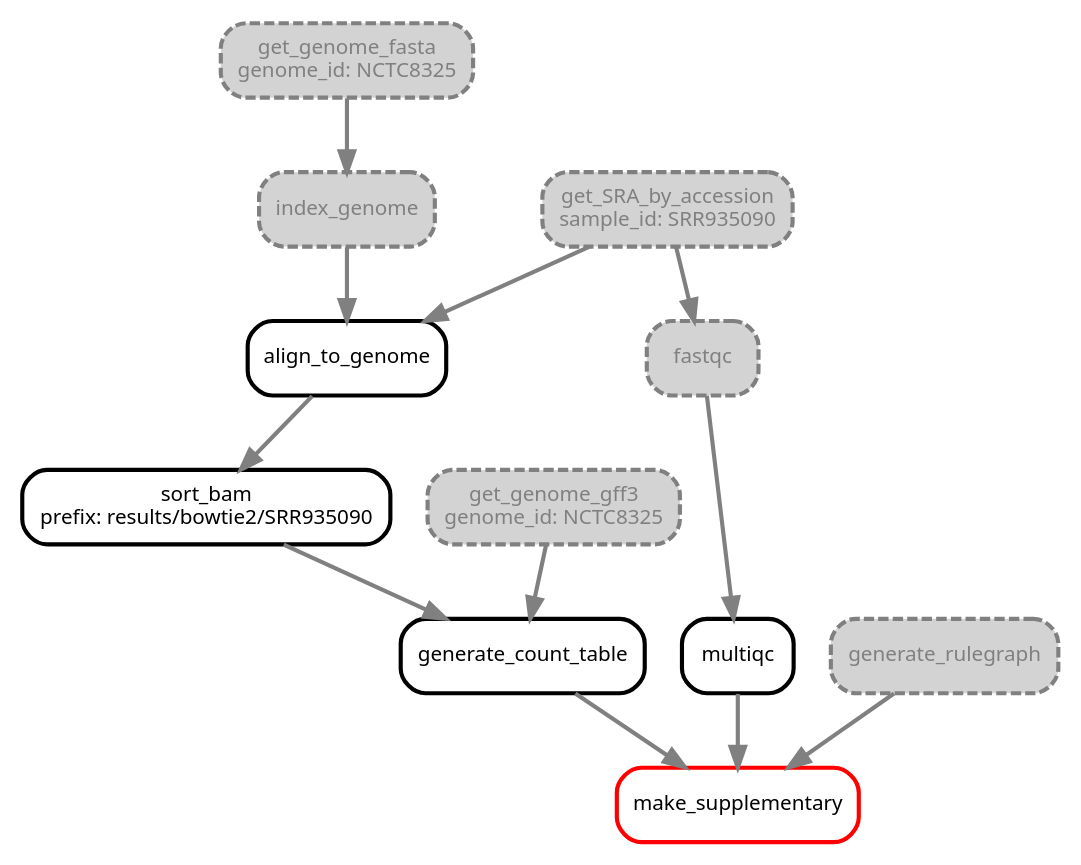
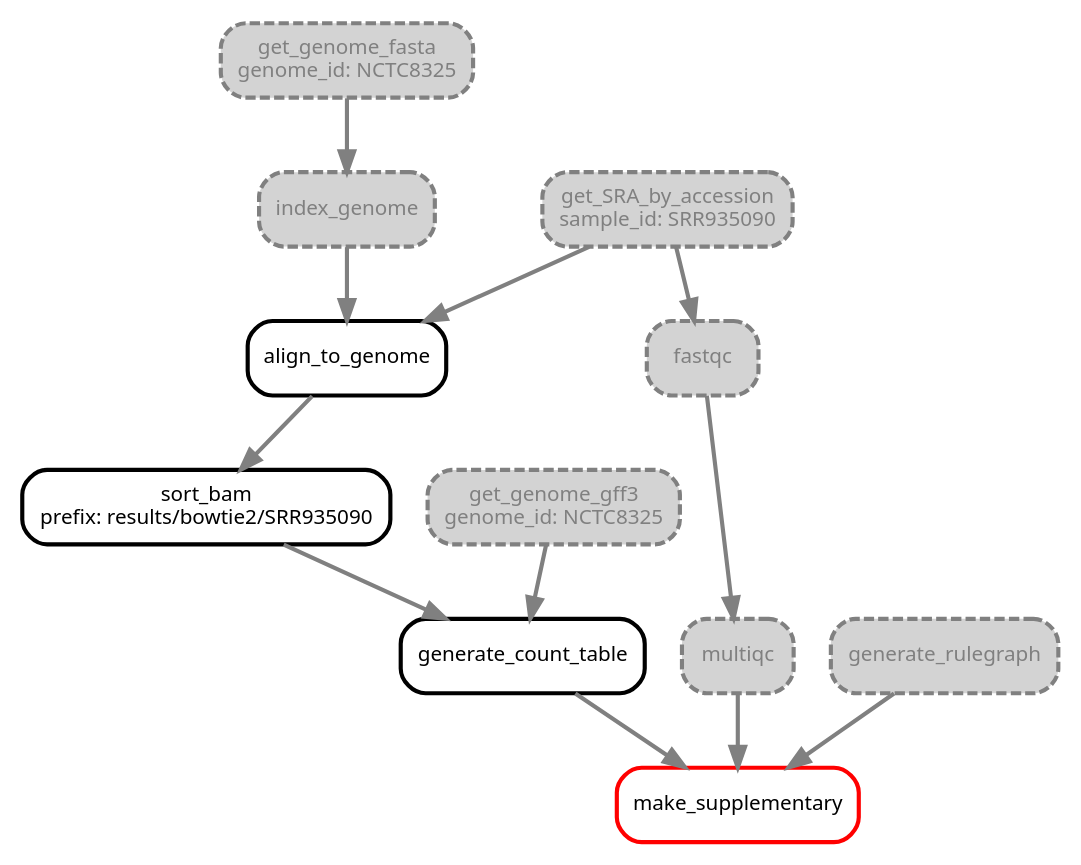
One commit to NBISweden/workshop-reproducible-research changed diagram 11 of 11 in lectures/snakemake/snakemake.qmd. Above: the diagram before and after it, drawn with Graphviz. The commit also changed other lines of this file and 1 other file, not shown here.

````diff
--- a/lectures/snakemake/snakemake.qmd
+++ b/lectures/snakemake/snakemake.qmd
@@ -668,29 +668,29 @@
 ```{dot}
 digraph snakemake_dag {
     graph[bgcolor=white, margin=1];
     node[shape=box, style=rounded, fontname=sans,                 fontsize=10, penwidth=2];
     edge[penwidth=2, color=grey];
         0[label = "make_supplementary", color = "red", style="rounded"];
         1[label = "generate_count_table", color = "black", style="rounded"];
         2[label = "sort_bam\nprefix: results/bowtie2/SRR935090", color = "black", style="rounded"];
         3[label = "align_to_genome", color = "black", style="rounded"];
         4[label = "get_SRA_by_accession\nsample_id: SRR935090", fontcolor="grey", fillcolor="lightgrey", color = "grey", style="rounded,dashed,filled"];
         5[label = "index_genome", color = "grey", fillcolor="lightgrey", fontcolor="grey", style="rounded,dashed,filled"];
         6[label = "get_genome_fasta\ngenome_id: NCTC8325", color = "grey", fontcolor="grey", fillcolor="lightgrey", style="rounded,dashed,filled"];
         7[label = "get_genome_gff3\ngenome_id: NCTC8325", color = "grey", fontcolor="grey", fillcolor="lightgrey", style="rounded,dashed,filled"];
-        8[label = "multiqc", color = "black", style="rounded"];
+        8[label = "multiqc", fontcolor="grey", fillcolor="lightgrey", color = "grey", style="rounded,dashed,filled"];
         9[label = "fastqc", color = "grey", fillcolor="lightgrey", fontcolor="grey", style="rounded,dashed,filled"];
         10[label = "generate_rulegraph", background_color="black", fontcolor="grey", color = "grey", fillcolor="lightgrey", style="rounded,dashed,filled"];
         1 -> 0
         8 -> 0
         10 -> 0
         2 -> 1
         7 -> 1
         3 -> 2
         4 -> 3
         5 -> 3
         6 -> 5
         9 -> 8
         4 -> 9
 }
 ```
````
